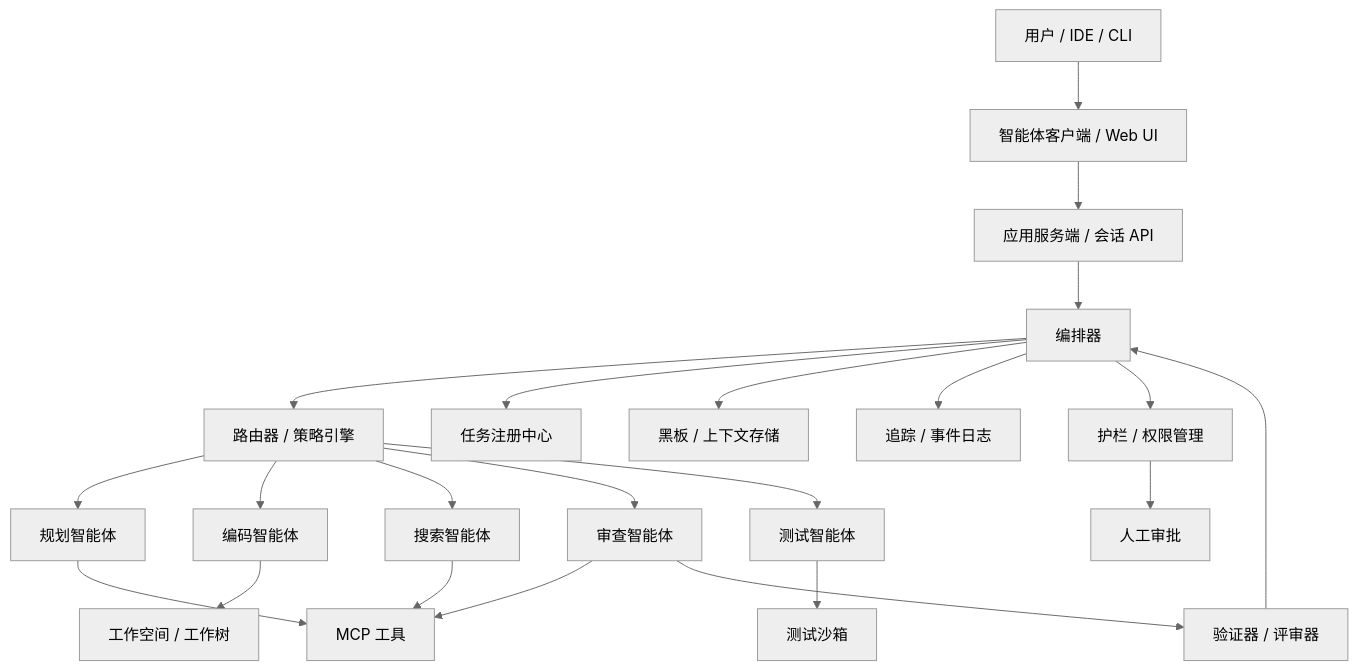
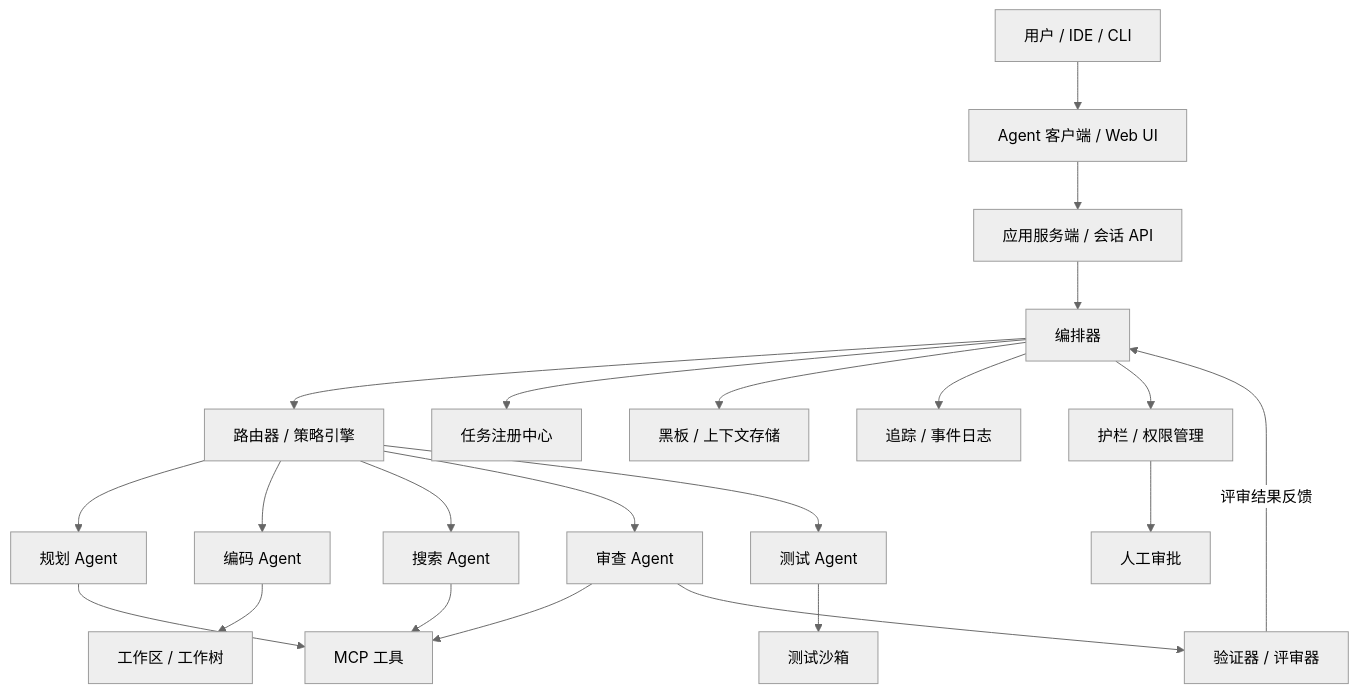
One commit to riba2534/multi-agent-wiki-cn changed the diagram in content/wiki/implementation/production-runtime.md. Above: the diagram before and after it, drawn with Mermaid (neutral theme). The commit also changed other lines of this file and 41 other files, not shown here.

First line of the commit message:
docs: 全面质量改进 - 术语统一、Mermaid规范化、间距修复

````diff
--- a/content/wiki/implementation/production-runtime.md
+++ b/content/wiki/implementation/production-runtime.md
@@ -10,28 +10,28 @@
 ```mermaid
 flowchart TD
-  U[用户 / IDE / CLI] --> Client[智能体客户端 / Web UI]
-  Client --> API[应用服务端 / 会话 API]
-  API --> O[编排器]
+  U["用户 / IDE / CLI"] --> Client["Agent 客户端 / Web UI"]
+  Client --> API["应用服务端 / 会话 API"]
+  API --> O["编排器"]
 
-  O --> Router[路由器 / 策略引擎]
-  O --> Registry[任务注册中心]
-  O --> Memory[黑板 / 上下文存储]
-  O --> Trace[追踪 / 事件日志]
-  O --> Guard[护栏 / 权限管理]
+  O --> Router["路由器 / 策略引擎"]
+  O --> Registry["任务注册中心"]
+  O --> Memory["黑板 / 上下文存储"]
+  O --> Trace["追踪 / 事件日志"]
+  O --> Guard["护栏 / 权限管理"]
 
-  Router --> Planner[规划智能体]
-  Router --> Code[编码智能体]
-  Router --> Search[搜索智能体]
-  Router --> Review[审查智能体]
-  Router --> Test[测试智能体]
+  Router --> Planner["规划 Agent"]
+  Router --> Code["编码 Agent"]
+  Router --> Search["搜索 Agent"]
+  Router --> Review["审查 Agent"]
+  Router --> Test["测试 Agent"]
 
-  Code --> W1[工作空间 / 工作树]
-  Test --> W2[测试沙箱]
-  Search --> MCP[MCP 工具]
+  Code --> W1["工作区 / 工作树"]
+  Test --> W2["测试沙箱"]
+  Search --> MCP["MCP 工具"]
   Review --> MCP
   Planner --> MCP
 
-  Guard --> HITL[人工审批]
-  Review --> Verifier[验证器 / 评审器]
-  Verifier --> O
+  Guard --> HITL["人工审批"]
+  Review --> Verifier["验证器 / 评审器"]
+  Verifier -->|"评审结果反馈"| O
 ```
````
